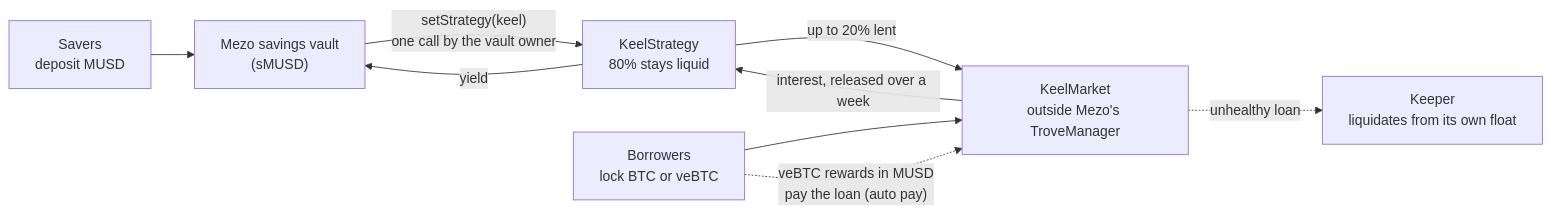
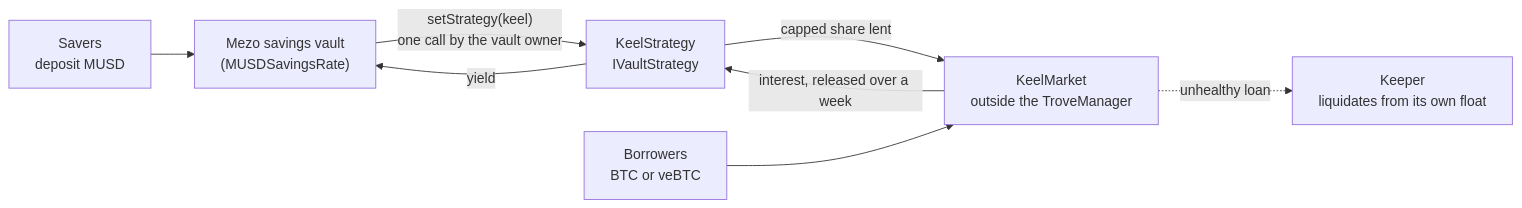
One commit to jenzylove/keel changed the first of 3 diagrams in README.md. Above: the diagram before and after it, drawn with Mermaid. The commit also changed other lines of this file, not shown here.

Commit message:
README: judge first layout with Wave 2 changes, deployments, Mezo contracts used, business model and live proof

````diff
--- a/README.md
+++ b/README.md
@@ -52,11 +89,10 @@
 ```mermaid
 flowchart LR
-    S["Savers<br/>deposit MUSD"] --> V["Mezo savings vault<br/>(sMUSD)"]
-    V -- "setStrategy(keel)<br/>one call by the vault owner" --> K["KeelStrategy<br/>80% stays liquid"]
-    K -- "up to 20% lent" --> M["KeelMarket<br/>outside Mezo's TroveManager"]
-    B["Borrowers<br/>lock BTC or veBTC"] --> M
+    S["Savers<br/>deposit MUSD"] --> V["Mezo savings vault<br/>(MUSDSavingsRate)"]
+    V -- "setStrategy(keel)<br/>one call by the vault owner" --> K["KeelStrategy<br/>IVaultStrategy"]
+    K -- "capped share lent" --> M["KeelMarket<br/>outside the TroveManager"]
+    B["Borrowers<br/>BTC or veBTC"] --> M
     M -- "interest, released over a week" --> K
     K -- "yield" --> V
     M -. "unhealthy loan" .-> X["Keeper<br/>liquidates from its own float"]
-    B -. "veBTC rewards in MUSD<br/>pay the loan (auto pay)" .-> M
 ```
````
